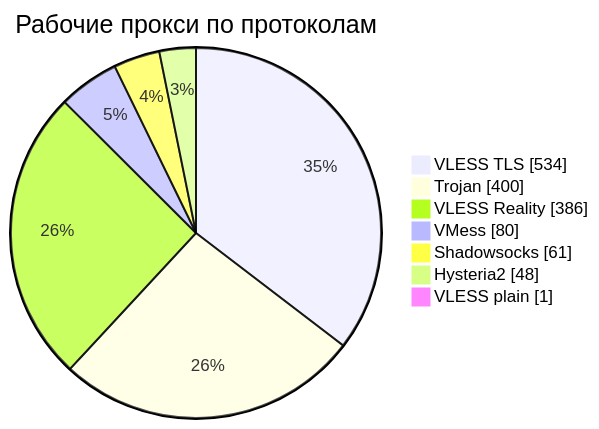
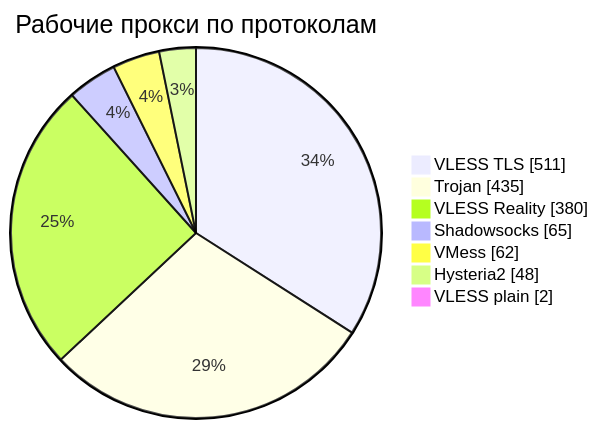
One commit to rvvg/proxy-subs changed the third of 4 diagrams in README.md. Above: the diagram before and after it, drawn with Mermaid. The commit also changed other lines of this file and 55 other files, not shown here.

````diff
--- a/README.md
+++ b/README.md
@@ -136,11 +143,11 @@
 ```mermaid
 pie showData
     title Рабочие прокси по протоколам
-    "VLESS TLS" : 534
-    "Trojan" : 400
-    "VLESS Reality" : 386
-    "VMess" : 80
-    "Shadowsocks" : 61
+    "VLESS TLS" : 511
+    "Trojan" : 435
+    "VLESS Reality" : 380
+    "Shadowsocks" : 65
+    "VMess" : 62
     "Hysteria2" : 48
-    "VLESS plain" : 1
+    "VLESS plain" : 2
 ```
````
